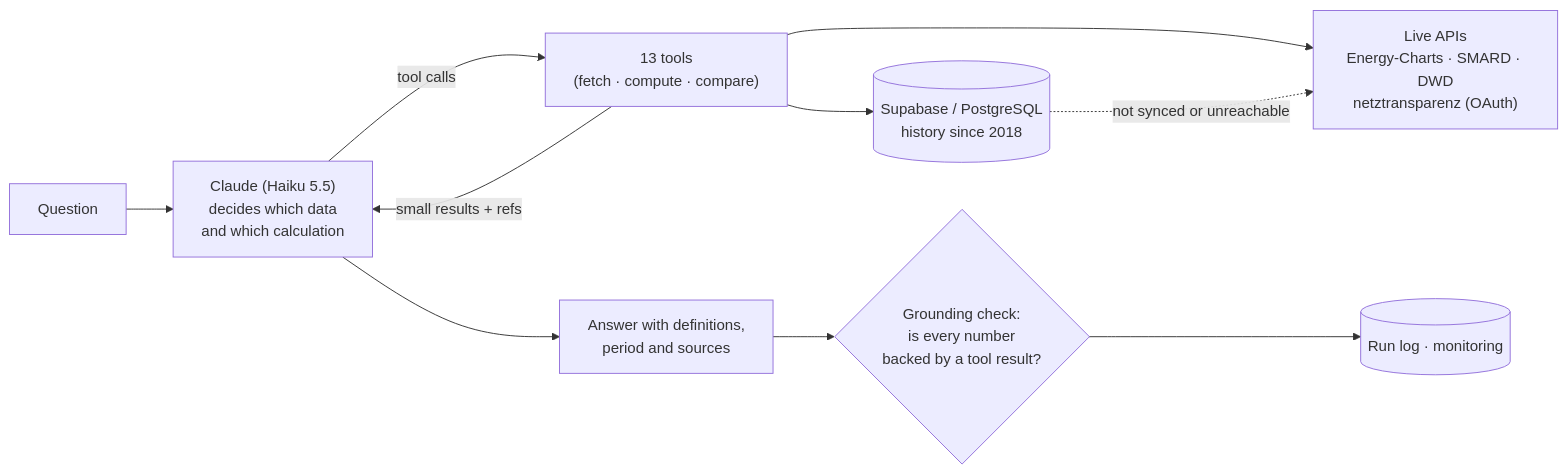
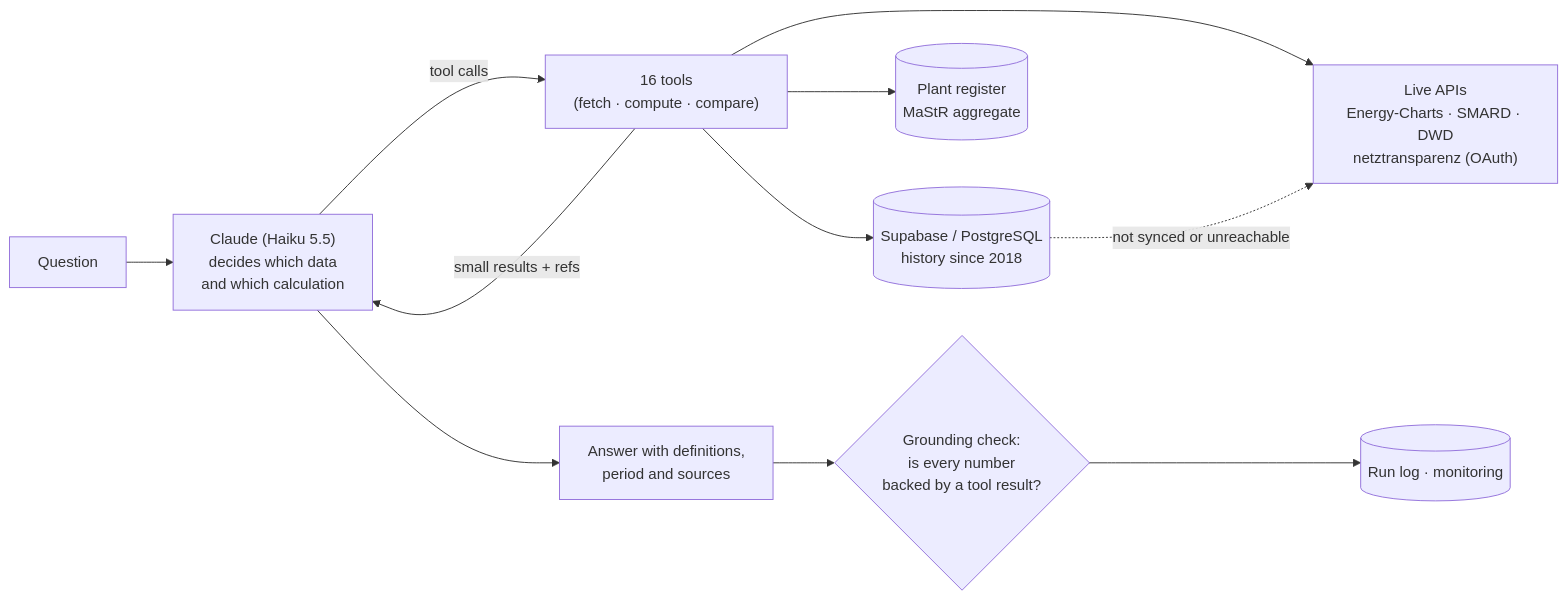
One commit to msibz1712/gridagent changed the diagram in README.md. Above: the diagram before and after it, drawn with Mermaid. The commit also changed other lines of this file and 18 other files, not shown here.

First line of the commit message:
Live check of 0.10.0: fix API schema limits, record the run

````diff
--- a/README.md
+++ b/README.md
@@ -63,12 +65,13 @@
 ```mermaid
 flowchart LR
     Q[Question] --> M["Claude (Haiku 5.5)<br/>decides which data<br/>and which calculation"]
-    M -- tool calls --> T["13 tools<br/>(fetch · compute · compare)"]
+    M -- tool calls --> T["16 tools<br/>(fetch · compute · compare)"]
     T --> D[("Supabase / PostgreSQL<br/>history since 2018")]
     T --> L["Live APIs<br/>Energy-Charts · SMARD · DWD<br/>netztransparenz (OAuth)"]
+    T --> R[("Plant register<br/>MaStR aggregate")]
     D -. not synced or unreachable .-> L
     T -- "small results + refs" --> M
     M --> A["Answer with definitions,<br/>period and sources"]
     A --> G{"Grounding check:<br/>is every number<br/>backed by a tool result?"}
     G --> LOG[(Run log · monitoring)]
 ```
````
